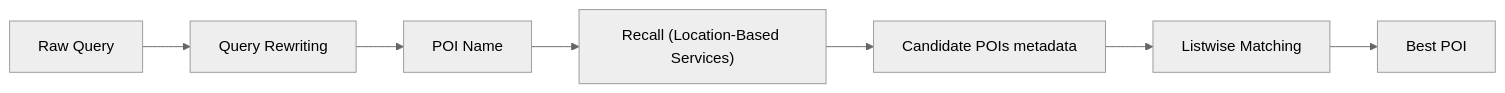
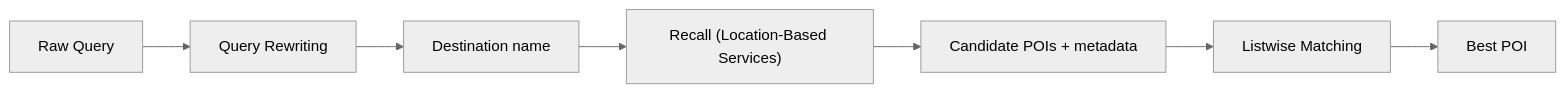
Before and after one commit to lhurr/ml-notes: the diagram in content/internships/tiktok-2026.md, drawn with Mermaid (neutral theme).

Commit message:
Quartz sync: Jun 12, 2026, 7:00 PM

````diff
--- a/content/internships/tiktok-2026.md
+++ b/content/internships/tiktok-2026.md
@@ -18,12 +18,12 @@
 ```mermaid
 flowchart LR
     A["Raw Query"]
     B["Query Rewriting"]
-    C["POI Name"]
+    C["Destination name"]
     D["Recall (Location-Based Services)"]
-    E["Candidate POIs metadata"]
+    E["Candidate POIs + metadata"]
     F["Listwise Matching"]
     G["Best POI"]
 
     A --> B --> C --> D --> E --> F --> G
 ```
````
